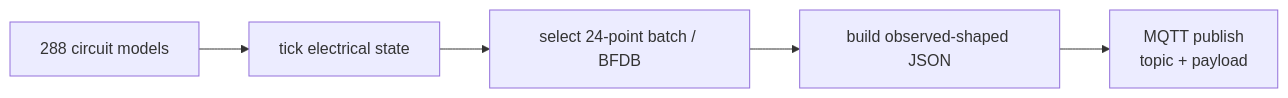
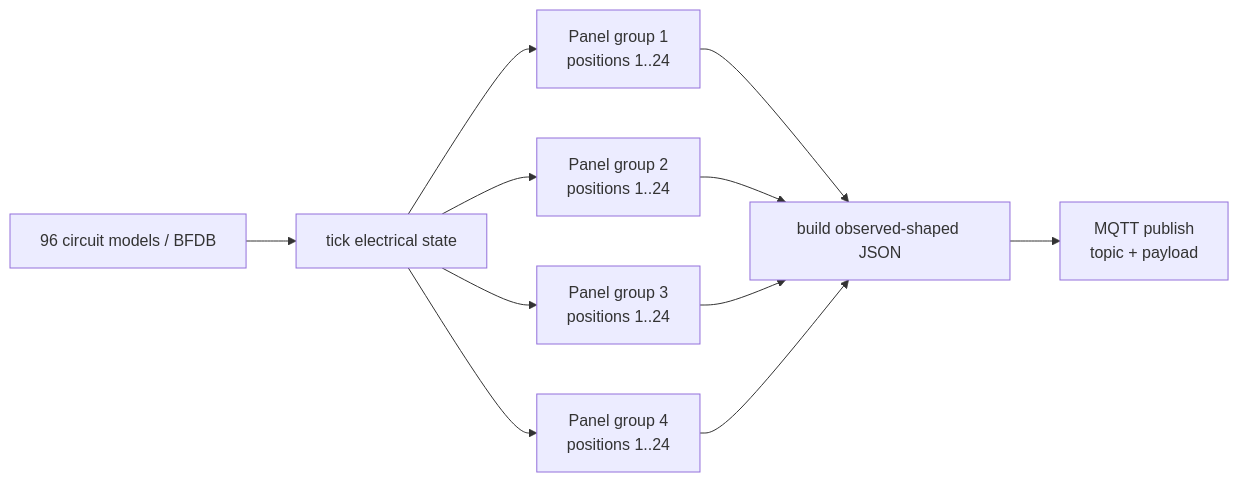
One commit to thradexIT/bfdb-telemetry-gateway changed the diagram in docs/04-emulator/emulator-design.md. Above: the diagram before and after it, drawn with Mermaid. The commit also changed other lines of this file, not shown here.

````diff
--- a/docs/04-emulator/emulator-design.md
+++ b/docs/04-emulator/emulator-design.md
@@ -38,7 +69,13 @@
 ```mermaid
 flowchart LR
-    M["288 circuit models"] --> T["tick electrical state"]
-    T --> B["select 24-point batch / BFDB"]
-    B --> J["build observed-shaped JSON"]
+    M["96 circuit models / BFDB"] --> T["tick electrical state"]
+    T --> P1["Panel group 1<br/>positions 1..24"]
+    T --> P2["Panel group 2<br/>positions 1..24"]
+    T --> P3["Panel group 3<br/>positions 1..24"]
+    T --> P4["Panel group 4<br/>positions 1..24"]
+    P1 --> J["build observed-shaped JSON"]
+    P2 --> J
+    P3 --> J
+    P4 --> J
     J --> P["MQTT publish<br/>topic + payload"]
 ```
````
